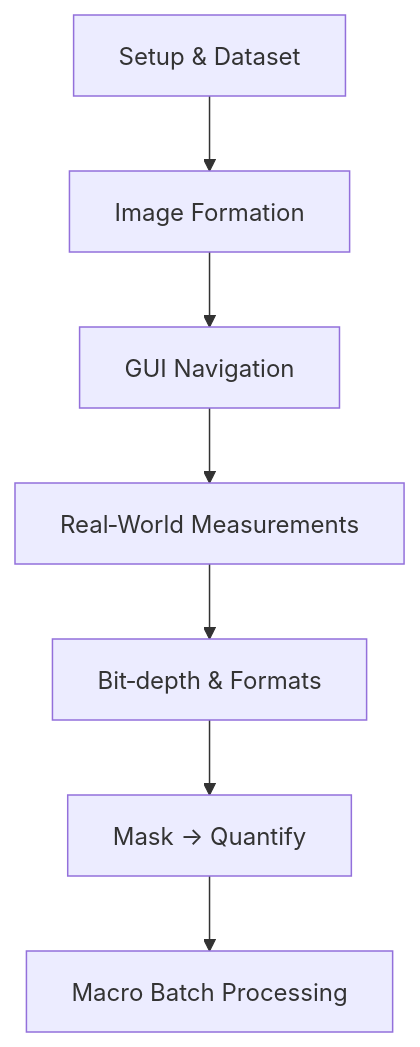
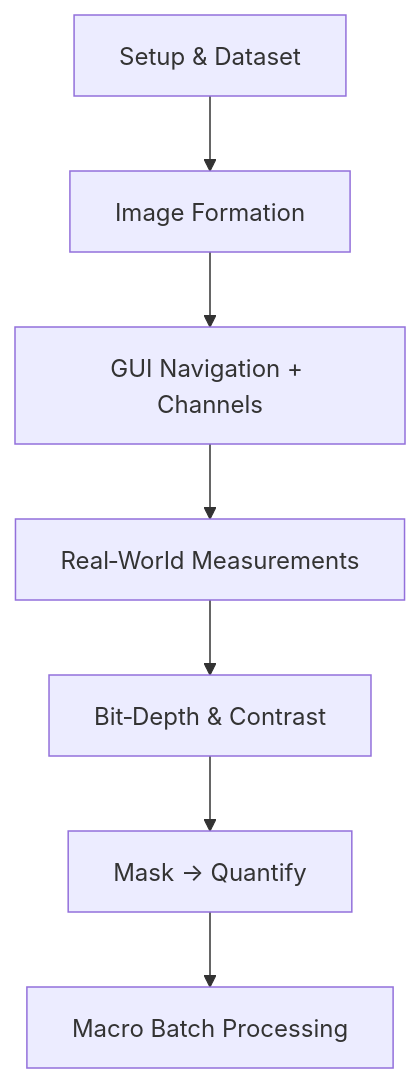
Before and after one commit to Daniel-Waiger/2025-GloBIAS-CNR-Naples-Fiji-for-Absolute-Beginners: the diagram in README.md, drawn with Mermaid. The commit also changed other lines of this file, not shown here.

````diff
--- a/README.md
+++ b/README.md
@@ -34,9 +31,9 @@
 ```mermaid
 flowchart TD
     A[Setup & Dataset] --> B[Image Formation]
-    B --> C[GUI Navigation]
+    B --> C[GUI Navigation + Channels]
     C --> D[Real‑World Measurements]
-    D --> E[Bit‑depth & Formats]
+    D --> E[Bit‑Depth & Contrast]
     E --> F[Mask → Quantify]
-    F --> G[Macro Batch Processing]
+    F --> G[Macro Batch Processing]
 ```
````
